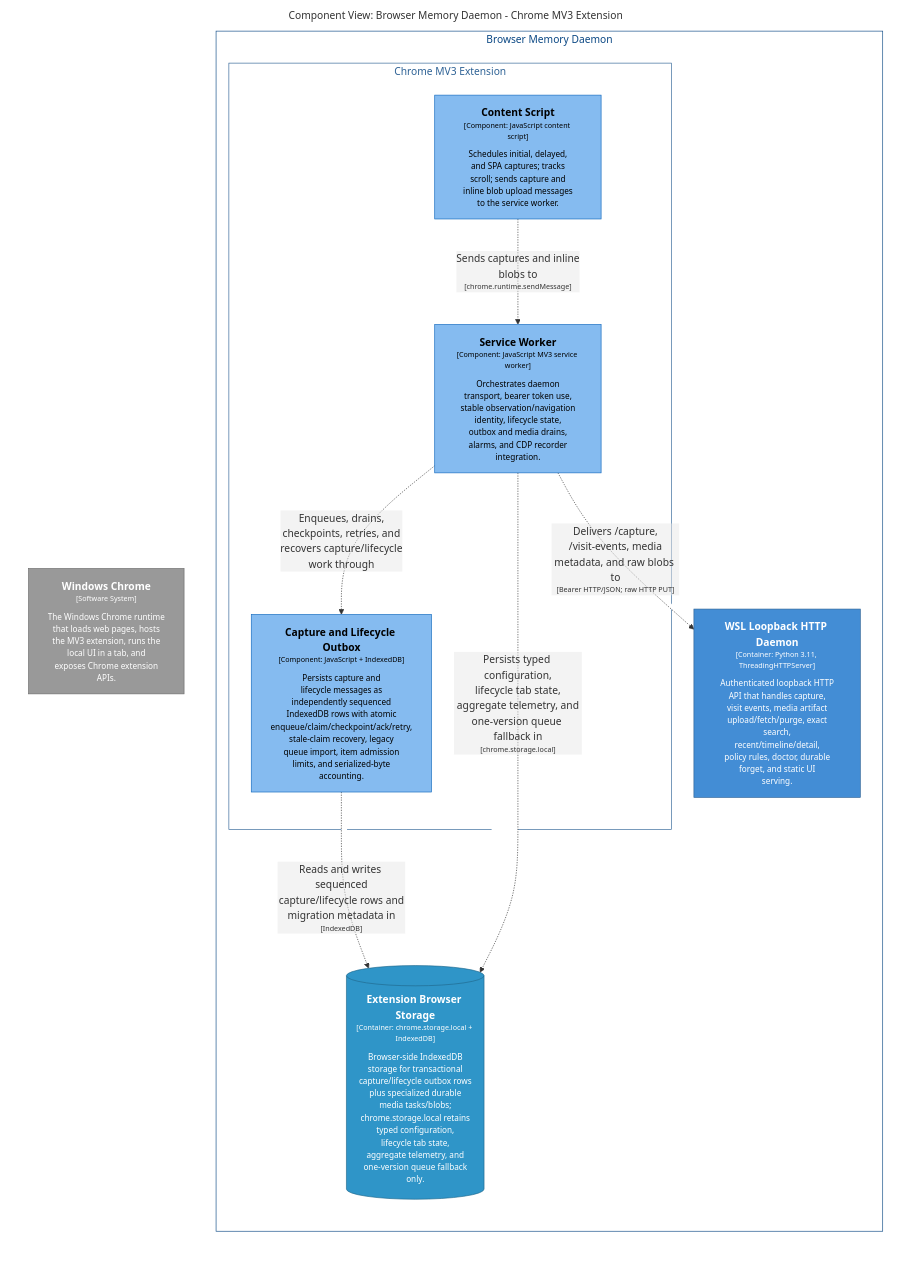
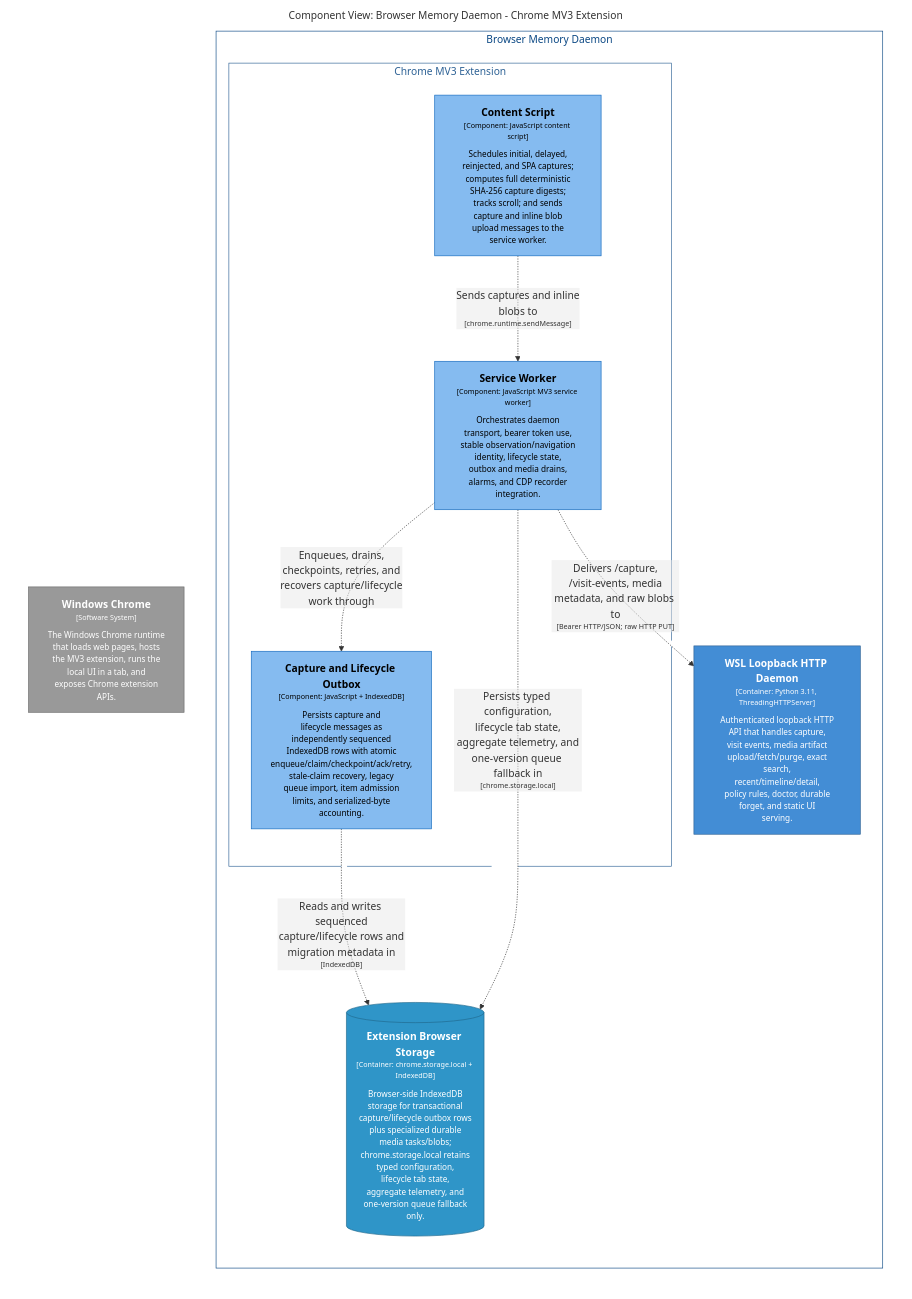
Before and after one commit to michaelnicks0/browser-memory-daemon: the diagram in docs/architecture/diagrams/markdown/ExtensionOutboxComponents.md, drawn with Mermaid. The commit also changed 48 other files, not shown here.

````diff
--- a/docs/architecture/diagrams/markdown/ExtensionOutboxComponents.md
+++ b/docs/architecture/diagrams/markdown/ExtensionOutboxComponents.md
@@ -16,38 +16,38 @@
 ```mermaid
 graph LR
   linkStyle default fill:#ffffff
 
   subgraph diagram ["Component View: Browser Memory Daemon - Chrome MV3 Extension"]
     style diagram fill:#ffffff,stroke:#ffffff
 
     2["<div style='font-weight: bold'>Windows Chrome</div><div style='font-size: 70%; margin-top: 0px'>[Software System]</div><div style='font-size: 80%; margin-top:10px'>The Windows Chrome runtime<br />that loads web pages, hosts<br />the MV3 extension, runs the<br />local UI in a tab, and<br />exposes Chrome extension<br />APIs.</div>"]
     style 2 fill:#999999,stroke:#6b6b6b,color:#ffffff
 
     subgraph 4 ["Browser Memory Daemon"]
       style 4 fill:#ffffff,stroke:#0b4884,color:#0b4884
 
       subgraph 5 ["Chrome MV3 Extension"]
         style 5 fill:#ffffff,stroke:#2e6295,color:#2e6295
 
         10["<div style='font-weight: bold'>Capture and Lifecycle Outbox</div><div style='font-size: 70%; margin-top: 0px'>[Component: JavaScript + IndexedDB]</div><div style='font-size: 80%; margin-top:10px'>Persists capture and<br />lifecycle messages as<br />independently sequenced<br />IndexedDB rows with atomic<br />enqueue/claim/checkpoint/ack/retry,<br />stale-claim recovery, legacy<br />queue import, item admission<br />limits, and serialized-byte<br />accounting.</div>"]
         style 10 fill:#85bbf0,stroke:#1168bd,color:#000000
-        8["<div style='font-weight: bold'>Content Script</div><div style='font-size: 70%; margin-top: 0px'>[Component: JavaScript content script]</div><div style='font-size: 80%; margin-top:10px'>Schedules initial, delayed,<br />and SPA captures; tracks<br />scroll; sends capture and<br />inline blob upload messages<br />to the service worker.</div>"]
+        8["<div style='font-weight: bold'>Content Script</div><div style='font-size: 70%; margin-top: 0px'>[Component: JavaScript content script]</div><div style='font-size: 80%; margin-top:10px'>Schedules initial, delayed,<br />reinjected, and SPA captures;<br />computes full deterministic<br />SHA-256 capture digests;<br />tracks scroll; and sends<br />capture and inline blob<br />upload messages to the<br />service worker.</div>"]
         style 8 fill:#85bbf0,stroke:#1168bd,color:#000000
         9["<div style='font-weight: bold'>Service Worker</div><div style='font-size: 70%; margin-top: 0px'>[Component: JavaScript MV3 service worker]</div><div style='font-size: 80%; margin-top:10px'>Orchestrates daemon<br />transport, bearer token use,<br />stable observation/navigation<br />identity, lifecycle state,<br />outbox and media drains,<br />alarms, and CDP recorder<br />integration.</div>"]
         style 9 fill:#85bbf0,stroke:#1168bd,color:#000000
       end
 
       14[("<div style='font-weight: bold'>Extension Browser Storage</div><div style='font-size: 70%; margin-top: 0px'>[Container: chrome.storage.local + IndexedDB]</div><div style='font-size: 80%; margin-top:10px'>Browser-side IndexedDB<br />storage for transactional<br />capture/lifecycle outbox rows<br />plus specialized durable<br />media tasks/blobs;<br />chrome.storage.local retains<br />typed configuration,<br />lifecycle tab state,<br />aggregate telemetry, and<br />one-version queue fallback<br />only.</div>")]
       style 14 fill:#2f95c8,stroke:#20688c,color:#ffffff
       15["<div style='font-weight: bold'>WSL Loopback HTTP Daemon</div><div style='font-size: 70%; margin-top: 0px'>[Container: Python 3.11, ThreadingHTTPServer]</div><div style='font-size: 80%; margin-top:10px'>Authenticated loopback HTTP<br />API that handles capture,<br />visit events, media artifact<br />upload/fetch/purge, exact<br />search,<br />recent/timeline/detail,<br />policy rules, doctor, durable<br />forget, and static UI<br />serving.</div>"]
       style 15 fill:#438dd5,stroke:#2e6295,color:#ffffff
     end
 
     8-. "<div>Sends captures and inline<br />blobs to</div><div style='font-size: 70%'>[chrome.runtime.sendMessage]</div>" .->9
     9-. "<div>Enqueues, drains,<br />checkpoints, retries, and<br />recovers capture/lifecycle<br />work through</div><div style='font-size: 70%'></div>" .->10
     10-. "<div>Reads and writes sequenced<br />capture/lifecycle rows and<br />migration metadata in</div><div style='font-size: 70%'>[IndexedDB]</div>" .->14
     9-. "<div>Persists typed configuration,<br />lifecycle tab state,<br />aggregate telemetry, and<br />one-version queue fallback in</div><div style='font-size: 70%'>[chrome.storage.local]</div>" .->14
     9-. "<div>Delivers /capture,<br />/visit-events, media<br />metadata, and raw blobs to</div><div style='font-size: 70%'>[Bearer HTTP/JSON; raw HTTP PUT]</div>" .->15
 
   end
 ```
````
